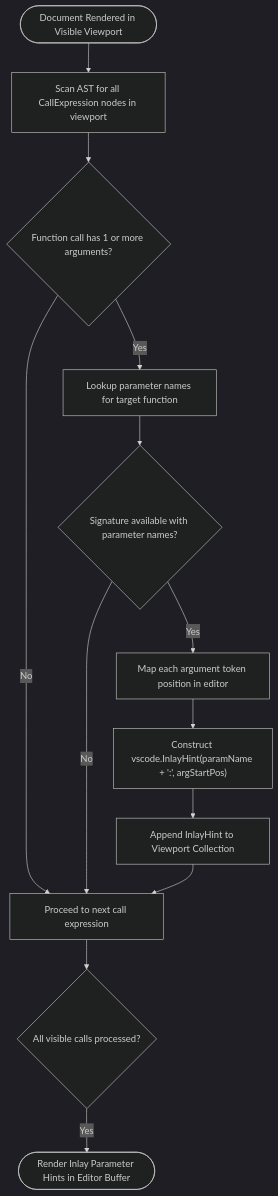
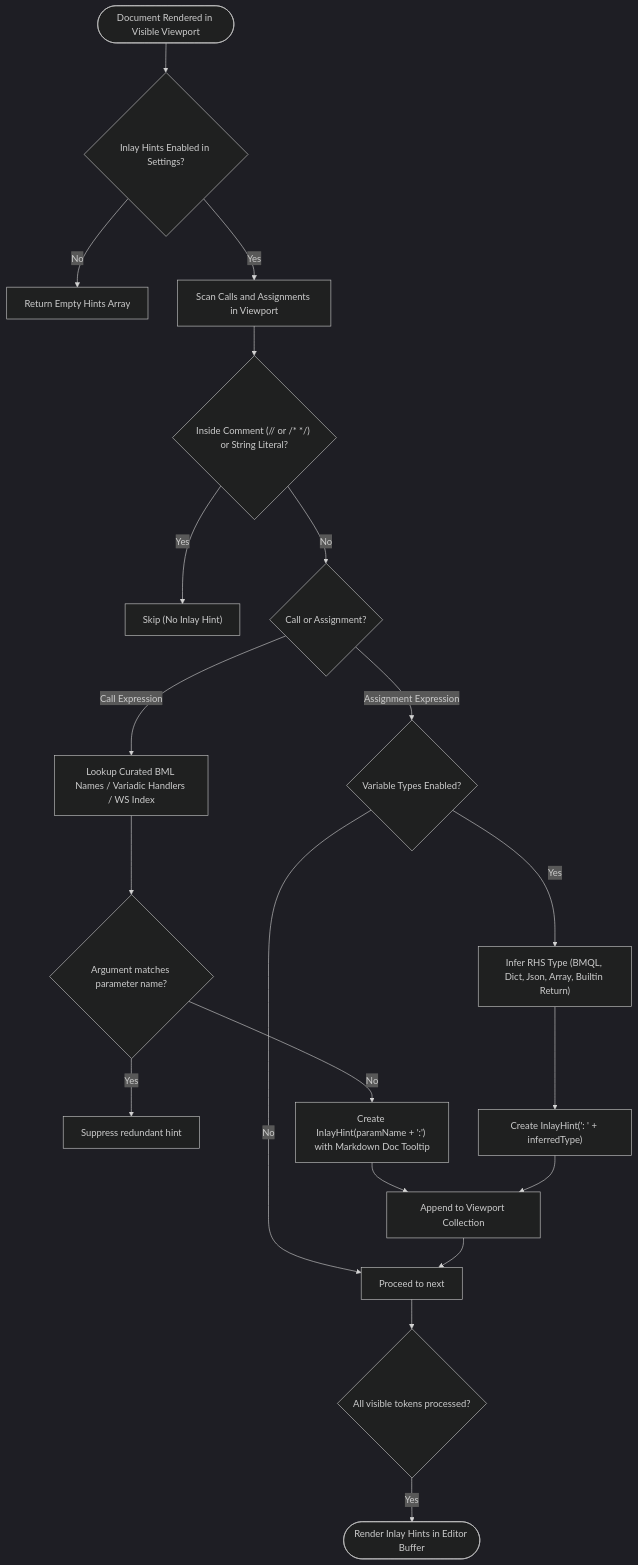
One commit to vikram-vn/cpq-bml changed the seventh of 7 diagrams in knowledge/BML_IntelliSense.md. Above: the diagram before and after it, drawn with Mermaid (dark theme). The commit also changed other lines of this file and 8 other files, not shown here.

Commit message:
feat: implement BML inlay hints provider for improved function parameter visibility

````diff
--- a/knowledge/BML_IntelliSense.md
+++ b/knowledge/BML_IntelliSense.md
@@ -204,19 +204,26 @@
 ```mermaid
 flowchart TD
-    RenderView(["Document Rendered in Visible Viewport"]) --> ScanCalls["Scan AST for all CallExpression nodes in viewport"]
-    
-    ScanCalls --> HasArgs{"Function call has 1 or more arguments?"}
-    HasArgs -->|"No"| NextCall["Proceed to next call expression"]
-    HasArgs -->|"Yes"| FetchSignature["Lookup parameter names for target function"]
+    RenderView(["Document Rendered in Visible Viewport"]) --> CheckConfig{"Inlay Hints Enabled in Settings?"}
+    CheckConfig -->|"No"| ReturnEmpty["Return Empty Hints Array"]
+    CheckConfig -->|"Yes"| ScanCalls["Scan Calls and Assignments in Viewport"]
 
-    FetchSignature --> SignatureResolved{"Signature available with parameter names?"}
-    SignatureResolved -->|"No"| NextCall
-    SignatureResolved -->|"Yes"| MapArgPositions["Map each argument token position in editor"]
+    ScanCalls --> IsComment{"Inside Comment (// or /* */) or String Literal?"}
+    IsComment -->|"Yes"| SkipToken["Skip (No Inlay Hint)"]
+    IsComment -->|"No"| TokenType{"Call or Assignment?"}
 
-    MapArgPositions --> BuildInlayHint["Construct vscode.InlayHint(paramName + ':', argStartPos)"]
-    BuildInlayHint --> CollectInlays["Append InlayHint to Viewport Collection"]
-    CollectInlays --> NextCall
+    TokenType -->|"Call Expression"| ResolveParams["Lookup Curated BML Names / Variadic Handlers / WS Index"]
+    ResolveParams --> CheckSuppression{"Argument matches parameter name?"}
+    CheckSuppression -->|"Yes"| SkipArg["Suppress redundant hint"]
+    CheckSuppression -->|"No"| BuildParamHint["Create InlayHint(paramName + ':') with Markdown Doc Tooltip"]
 
-    NextCall --> ViewportComplete{"All visible calls processed?"}
-    ViewportComplete -->|"Yes"| PublishInlays(["Render Inlay Parameter Hints in Editor Buffer"])
+    TokenType -->|"Assignment Expression"| CheckVarTypes{"Variable Types Enabled?"}
+    CheckVarTypes -->|"No"| NextToken["Proceed to next"]
+    CheckVarTypes -->|"Yes"| InferType["Infer RHS Type (BMQL, Dict, Json, Array, Builtin Return)"]
+    InferType --> BuildTypeHint["Create InlayHint(': ' + inferredType)"]
+
+    BuildParamHint --> CollectInlays["Append to Viewport Collection"]
+    BuildTypeHint --> CollectInlays
+    CollectInlays --> NextToken
+    NextToken --> ViewportComplete{"All visible tokens processed?"}
+    ViewportComplete -->|"Yes"| PublishInlays(["Render Inlay Hints in Editor Buffer"])
 ```
````
